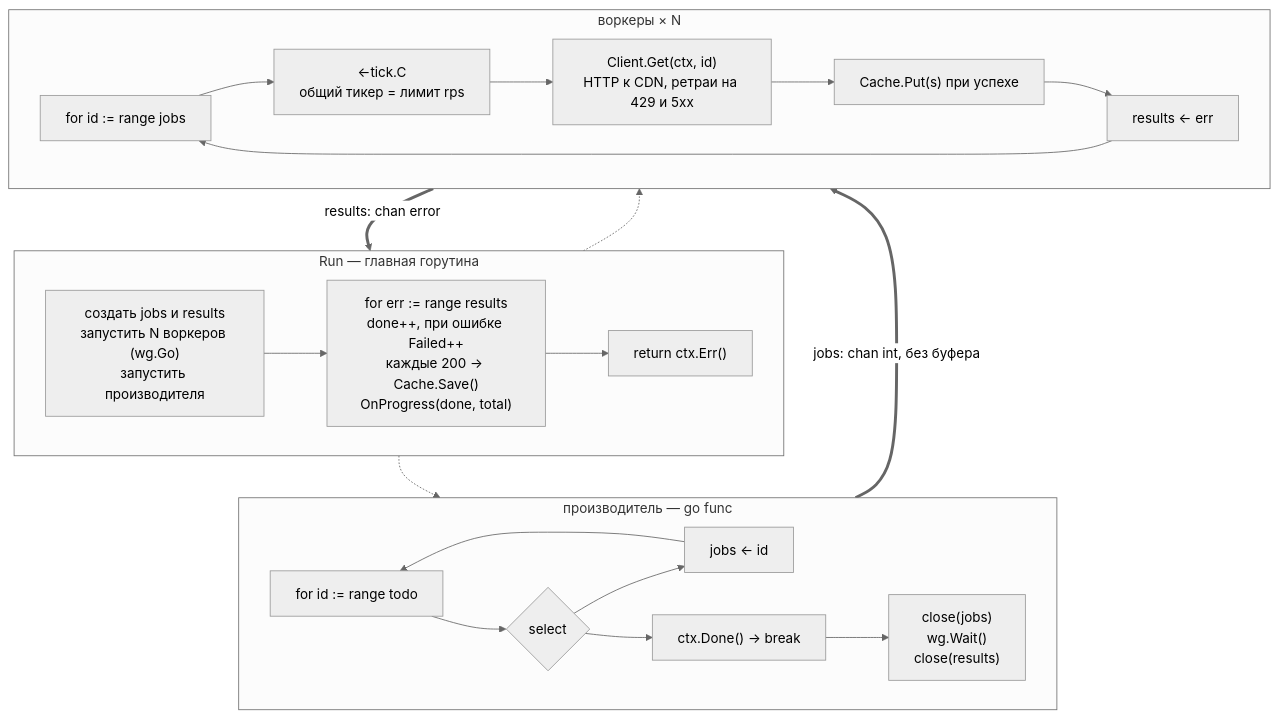
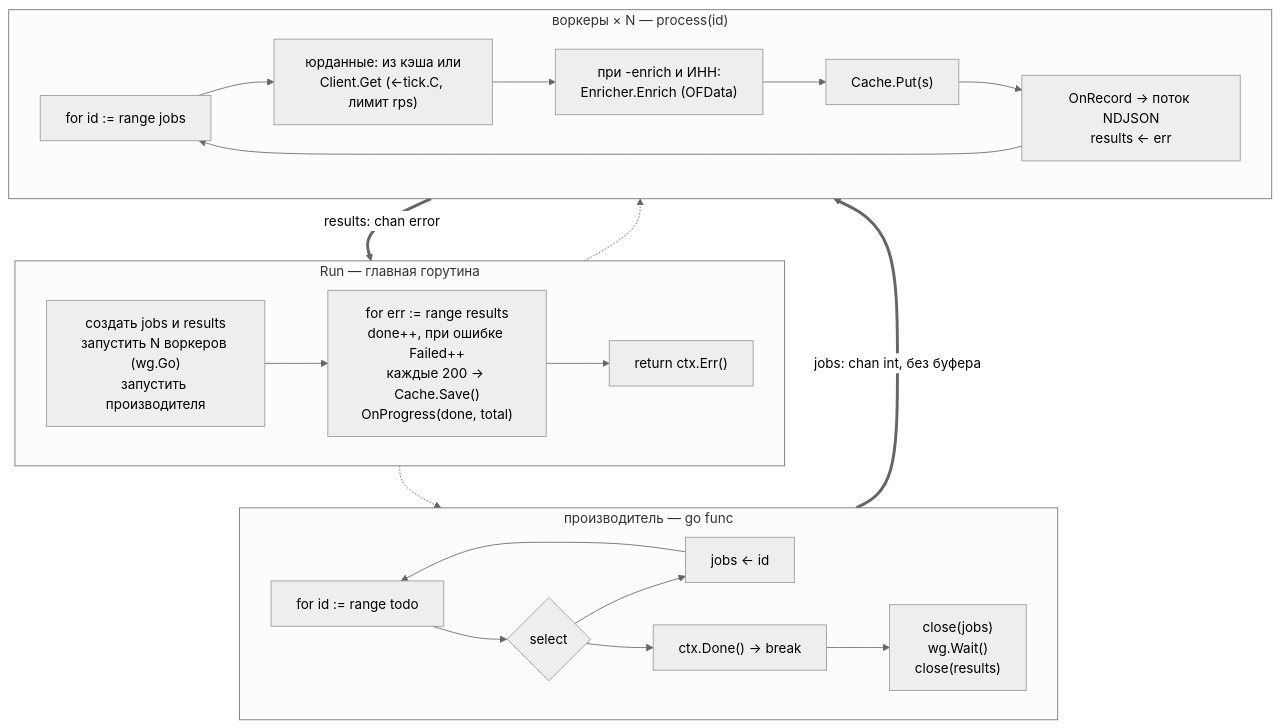
The third of 7 diagrams in README.md (OkaneKatsuro/go-wb), drawn with Mermaid (neutral theme) before and after one commit. The commit also changed other lines of this file, not shown here.

Commit message:
docs: отразить обогащение OFData и NDJSON на схемах

````diff
--- a/README.md
+++ b/README.md
@@ -88,37 +89,37 @@
 ```mermaid
 flowchart TB
     subgraph MAIN["Run — главная горутина"]
         direction LR
         M1["создать jobs и results<br/>запустить N воркеров (wg.Go)<br/>запустить производителя"]
         M2["for err := range results<br/>done++, при ошибке Failed++<br/>каждые 200 → Cache.Save()<br/>OnProgress(done, total)"]
         M3["return ctx.Err()"]
         M1 --> M2 --> M3
     end
 
     subgraph PROD["производитель — go func"]
         direction LR
         P1["for id := range todo"]
         P2{"select"}
         P3["jobs &lt;- id"]
         P4["ctx.Done() → break"]
         P5["close(jobs)<br/>wg.Wait()<br/>close(results)"]
         P1 --> P2
         P2 --> P3 --> P1
         P2 --> P4 --> P5
     end
 
-    subgraph WORK["воркеры × N"]
+    subgraph WORK["воркеры × N — process(id)"]
         direction LR
         W1["for id := range jobs"]
-        W2["&lt;-tick.C<br/>общий тикер = лимит rps"]
-        W3["Client.Get(ctx, id)<br/>HTTP к CDN, ретраи на 429 и 5xx"]
-        W4["Cache.Put(s) при успехе"]
-        W5["results &lt;- err"]
+        W2["юрданные: из кэша или<br/>Client.Get (&lt;-tick.C, лимит rps)"]
+        W3["при -enrich и ИНН:<br/>Enricher.Enrich (OFData)"]
+        W4["Cache.Put(s)"]
+        W5["OnRecord → поток NDJSON<br/>results &lt;- err"]
         W1 --> W2 --> W3 --> W4 --> W5 --> W1
     end
 
     M1 -.-> P1
     M1 -.-> W1
     P3 ==>|"jobs: chan int, без буфера"| W1
     W5 ==>|"results: chan error"| M2
 ```
````
